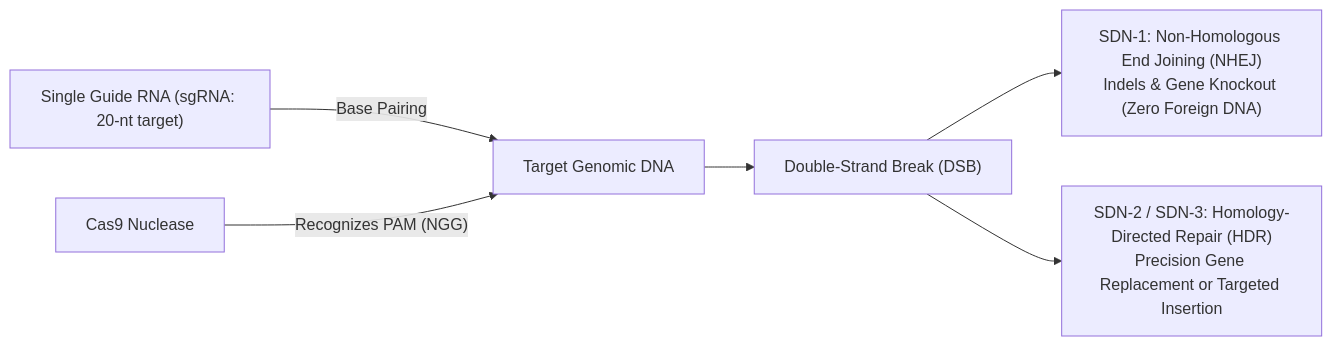
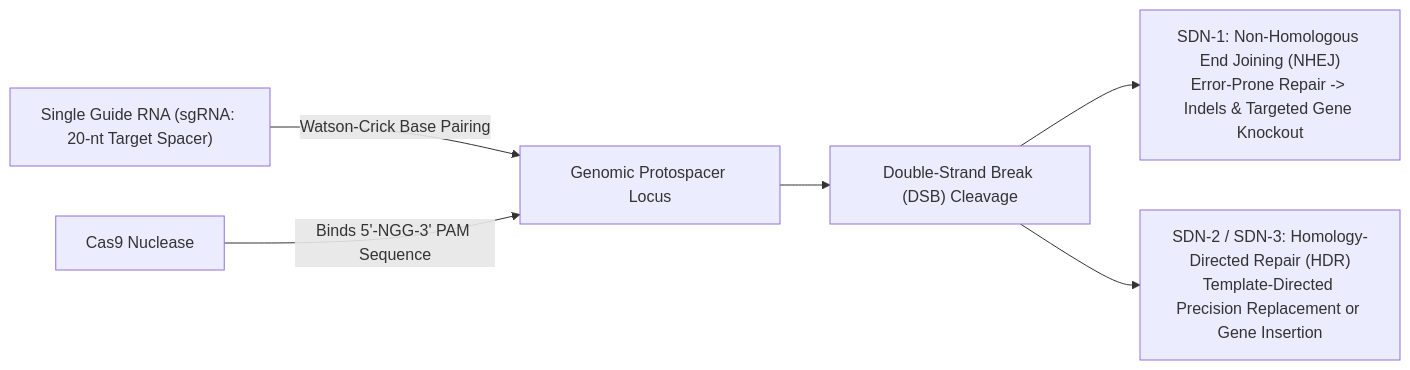
Before and after one commit to kenjinote/blog: the seventh of 8 diagrams in content/post/genetically-modified-crops-biotechnology-agriculture-safety-future/index.en.md, drawn with Mermaid. The commit also changed other lines of this file and 11 other files, not shown here.

````diff
--- a/content/post/genetically-modified-crops-biotechnology-agriculture-safety-future/index.en.md
+++ b/content/post/genetically-modified-crops-biotechnology-agriculture-safety-future/index.en.md
@@ -88,9 +203,9 @@
 ```mermaid
 flowchart LR
-    SGRNA["Single Guide RNA (sgRNA: 20-nt target)"] -- "Base Pairing" --> TARGET["Target Genomic DNA"]
-    CAS9["Cas9 Nuclease"] -- "Recognizes PAM (NGG)" --> TARGET
-    TARGET --> DSB["Double-Strand Break (DSB)"]
+    SGRNA["Single Guide RNA (sgRNA: 20-nt Target Spacer)"] -- "Watson-Crick Base Pairing" --> TARGET["Genomic Protospacer Locus"]
+    CAS9["Cas9 Nuclease"] -- "Binds 5'-NGG-3' PAM Sequence" --> TARGET
+    TARGET --> DSB["Double-Strand Break (DSB) Cleavage"]
     
-    DSB --> NHEJ["SDN-1: Non-Homologous End Joining (NHEJ)<br/>Indels & Gene Knockout (Zero Foreign DNA)"]
-    DSB --> HDR["SDN-2 / SDN-3: Homology-Directed Repair (HDR)<br/>Precision Gene Replacement or Targeted Insertion"]
+    DSB --> NHEJ["SDN-1: Non-Homologous End Joining (NHEJ)<br/>Error-Prone Repair -> Indels & Targeted Gene Knockout"]
+    DSB --> HDR["SDN-2 / SDN-3: Homology-Directed Repair (HDR)<br/>Template-Directed Precision Replacement or Gene Insertion"]
 ```
````
